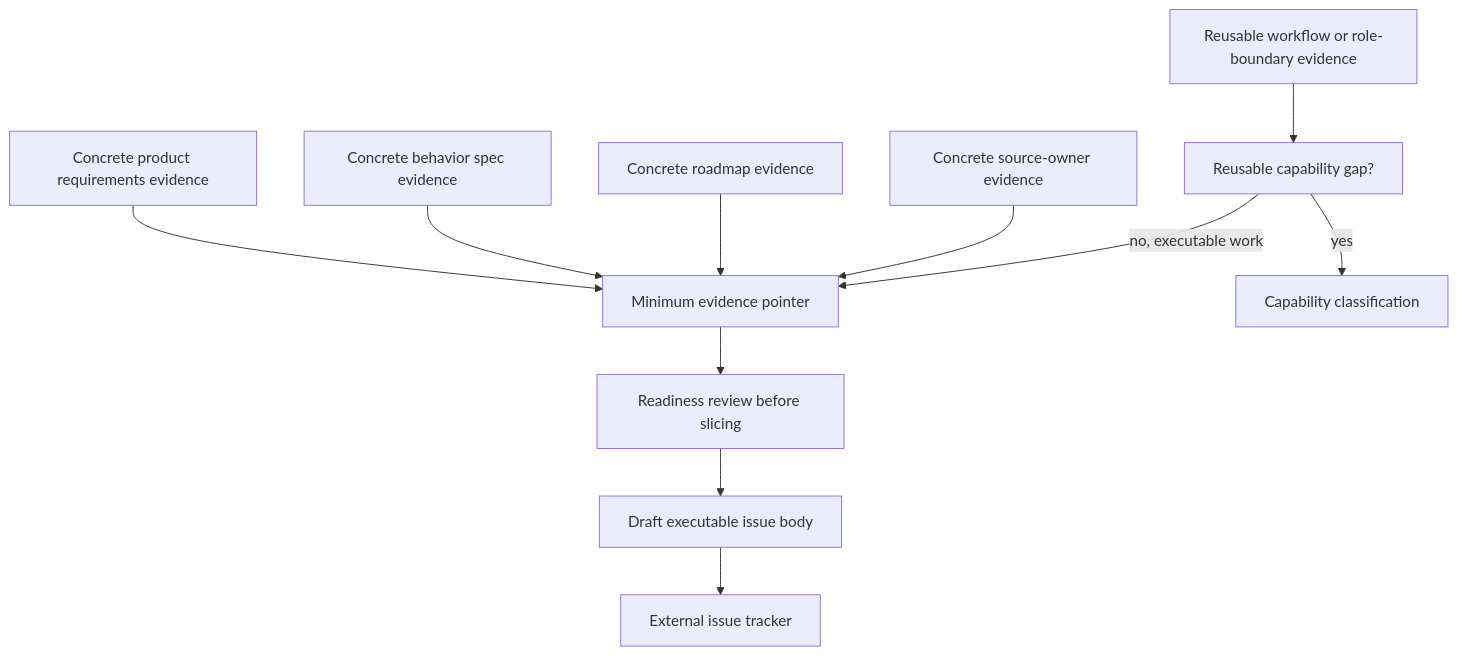
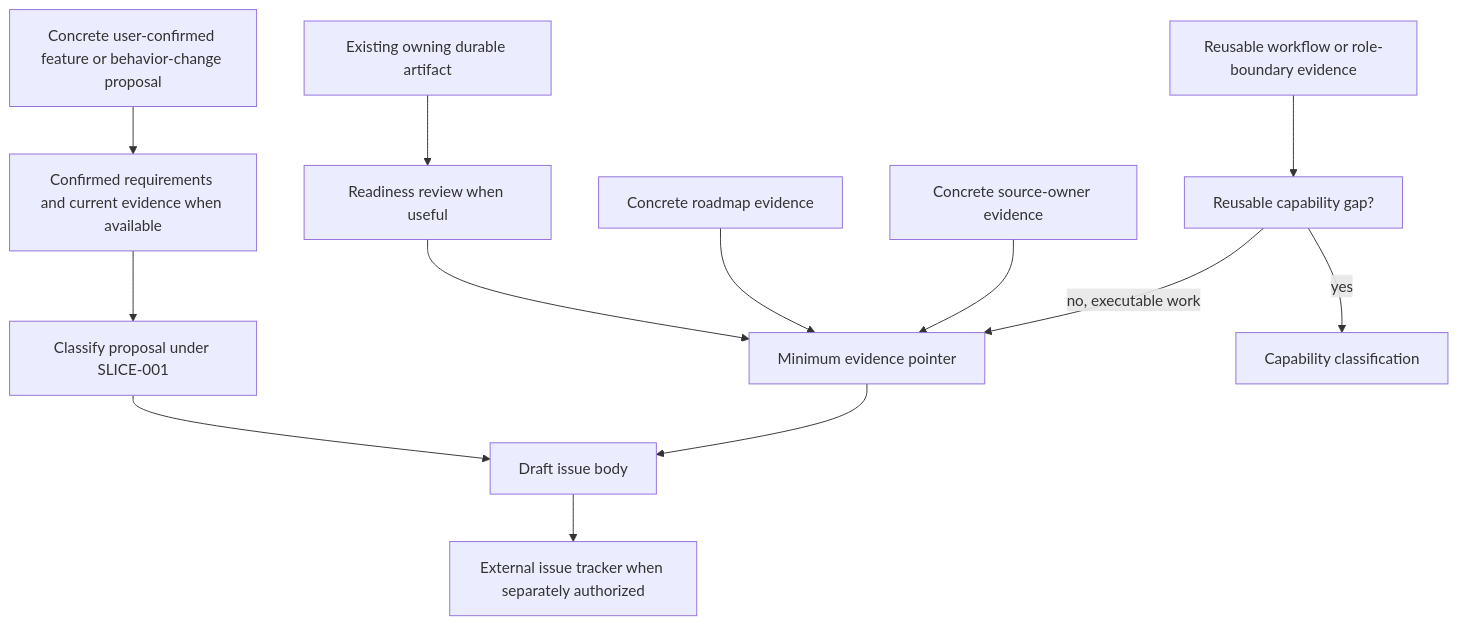
Before and after one commit to ryumiel/devcanon: the fourth of 12 diagrams in docs/guidelines/portable-afds-user-procedure-map.md, drawn with Mermaid. The commit also changed other lines of this file and 7 other files, not shown here.

First line of the commit message:
docs(skills): support proposal-origin issue drafts (#741)

````diff
--- a/docs/guidelines/portable-afds-user-procedure-map.md
+++ b/docs/guidelines/portable-afds-user-procedure-map.md
@@ -118,13 +118,15 @@
 ```mermaid
 flowchart TD
-  prd["Concrete product requirements evidence"] --> pointer["Minimum evidence pointer"]
-  spec["Concrete behavior spec evidence"] --> pointer
+  existing["Existing owning durable artifact"] --> readiness["Readiness review when useful"]
+  readiness --> pointer["Minimum evidence pointer"]
+  proposal["Concrete user-confirmed feature or behavior-change proposal"] --> proposalCheck["Confirmed requirements and current evidence when available"]
+  proposalCheck --> proposalRoute["Classify proposal under SLICE-001"]
+  proposalRoute --> slice
   roadmap["Concrete roadmap evidence"] --> pointer
   source["Concrete source-owner evidence"] --> pointer
   guideline["Reusable workflow or role-boundary evidence"] --> reusable["Reusable capability gap?"]
   reusable -->|yes| classify["Capability classification"]
   reusable -->|no, executable work| pointer
-  pointer --> readiness["Readiness review before slicing"]
-  readiness --> slice["Draft executable issue body"]
-  slice --> tracker["External issue tracker"]
+  pointer --> slice["Draft issue body"]
+  slice --> tracker["External issue tracker when separately authorized"]
 ```
````
